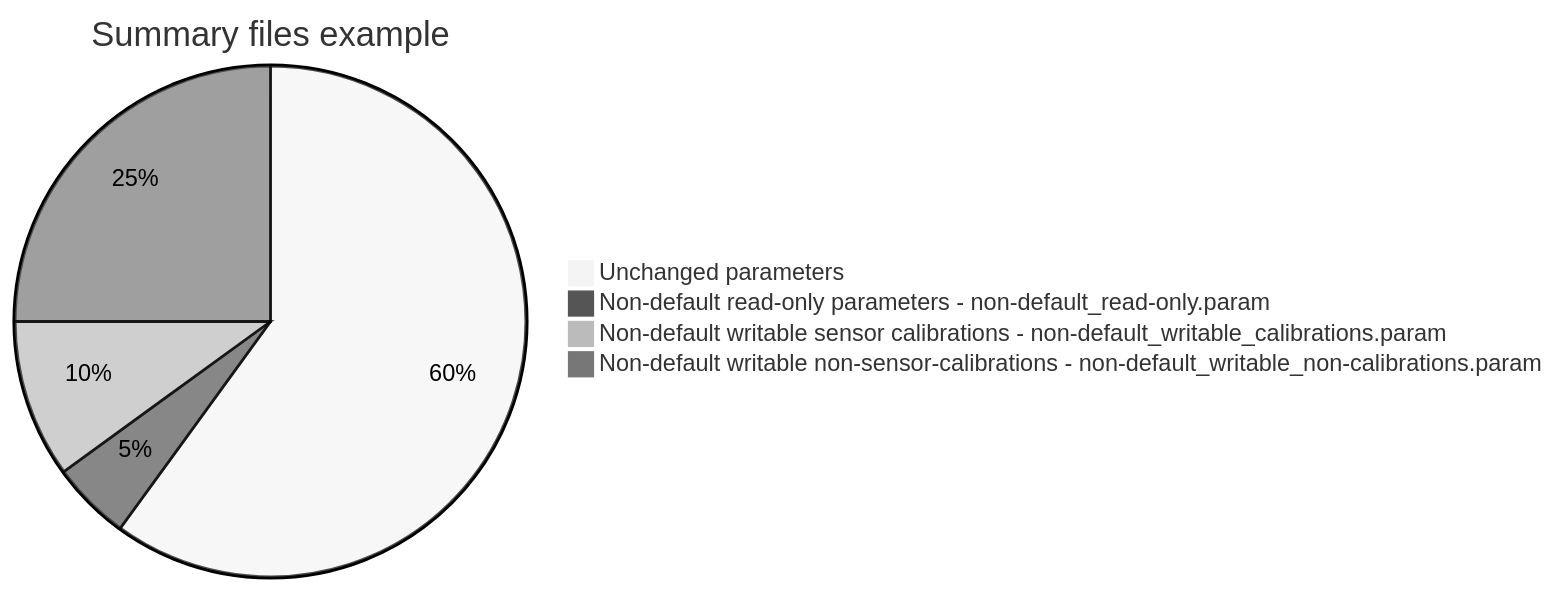
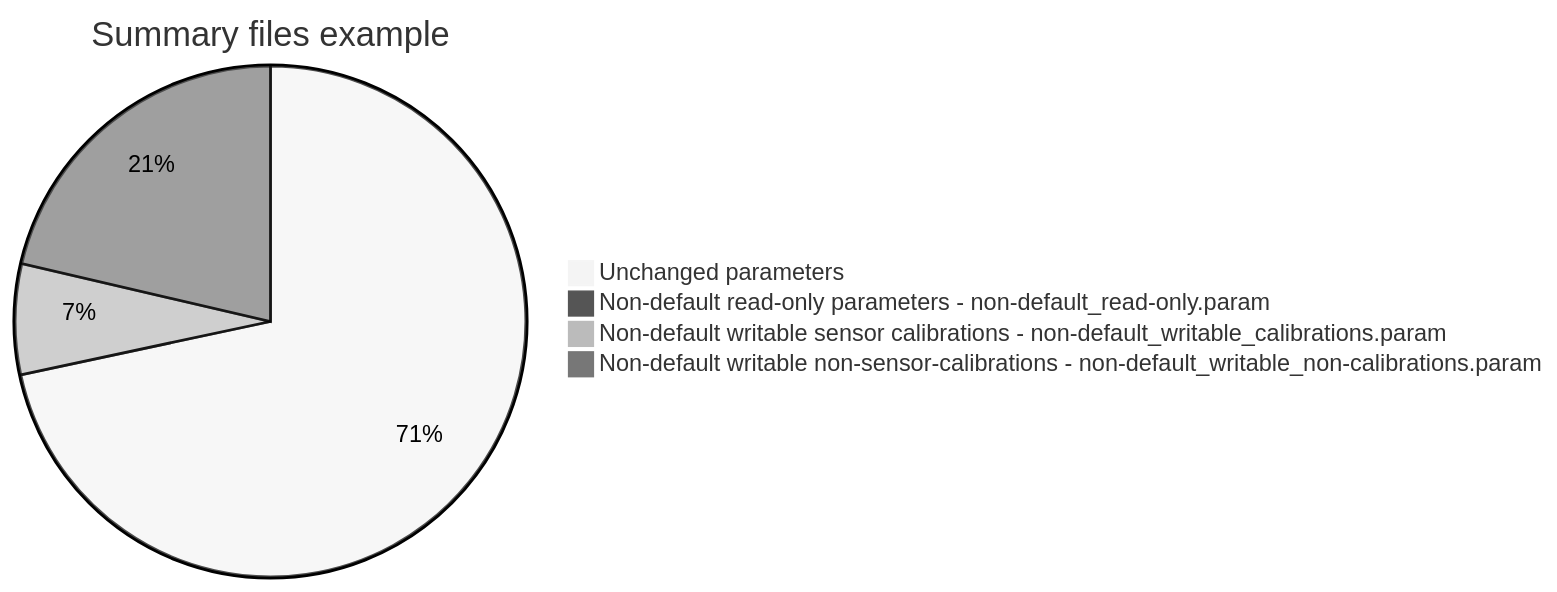
One commit to ArduPilot/MethodicConfigurator changed the diagram in USERMANUAL.md. Above: the diagram before and after it, drawn with Mermaid (neutral theme). The commit also changed 2 other files, not shown here.

Commit message:
Make reboot time a configuration parameter

````diff
--- a/USERMANUAL.md
+++ b/USERMANUAL.md
@@ -72,8 +72,8 @@
 ```mermaid
 pie
     title Summary files example
-    "Unchanged parameters" : 60
-    "Non-default read-only parameters - non-default_read-only.param" : 5
-    "Non-default writable sensor calibrations - non-default_writable_calibrations.param" : 10
-    "Non-default writable non-sensor-calibrations - non-default_writable_non-calibrations.param" : 25
+    "Unchanged parameters" : 728
+    "Non-default read-only parameters - non-default_read-only.param" : 8
+    "Non-default writable sensor calibrations - non-default_writable_calibrations.param" : 71
+    "Non-default writable non-sensor-calibrations - non-default_writable_non-calibrations.param" : 217
 ```
````
